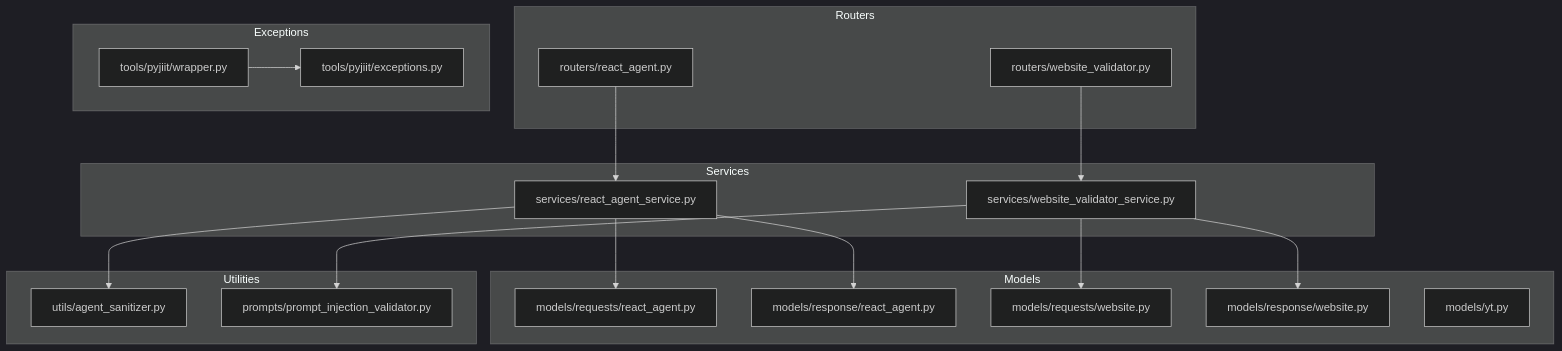
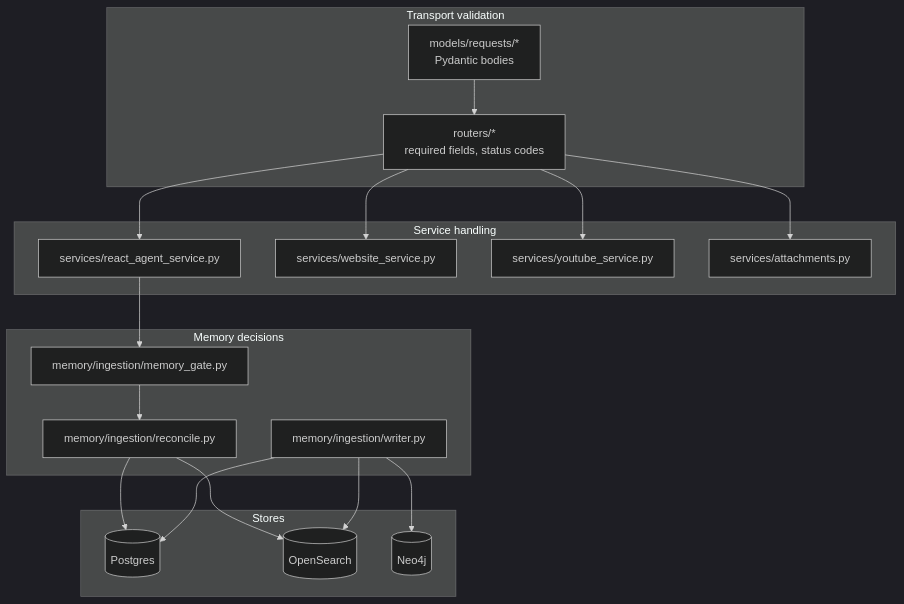
Before and after one commit to tashifkhan/tashif.codes: the first of 7 diagrams in src/data/docs/agentic-browser/Data Models and Schemas/Validation and Error Handling.md, drawn with Mermaid (dark theme). The commit also changed other lines of this file and 114 other files, not shown here.

````diff
--- a/src/data/docs/agentic-browser/Data Models and Schemas/Validation and Error Handling.md
+++ b/src/data/docs/agentic-browser/Data Models and Schemas/Validation and Error Handling.md
@@ -14,35 +18,35 @@
 ```mermaid
 graph TB
-subgraph "Routers"
-RA["routers/react_agent.py"]
-WV["routers/website_validator.py"]
+subgraph "Transport validation"
+  REQ["models/requests/*<br/>Pydantic bodies"]
+  ROUTES["routers/*<br/>required fields, status codes"]
 end
-subgraph "Services"
-RAS["services/react_agent_service.py"]
-WVS["services/website_validator_service.py"]
+subgraph "Service handling"
+  CHAT["services/react_agent_service.py"]
+  SITE["services/website_service.py"]
+  YT["services/youtube_service.py"]
+  ATT["services/attachments.py"]
 end
-subgraph "Models"
-RAM["models/requests/react_agent.py"]
-RAR["models/response/react_agent.py"]
-WRM["models/requests/website.py"]
-WRR["models/response/website.py"]
-YTM["models/yt.py"]
+subgraph "Memory decisions"
+  GATE["memory/ingestion/memory_gate.py"]
+  REC["memory/ingestion/reconcile.py"]
+  WR["memory/ingestion/writer.py"]
 end
-subgraph "Utilities"
-SAN["utils/agent_sanitizer.py"]
-PINJ["prompts/prompt_injection_validator.py"]
+subgraph "Stores"
+  PG[("Postgres")]
+  OS[("OpenSearch")]
+  N4[("Neo4j")]
 end
-subgraph "Exceptions"
-PYEX["tools/pyjiit/exceptions.py"]
-PYWR["tools/pyjiit/wrapper.py"]
-end
-RA --> RAS
-WV --> WVS
-RAS --> RAM
-RAS --> RAR
-WVS --> WRM
-WVS --> WRR
-RAS --> SAN
-WVS --> PINJ
-PYWR --> PYEX
+REQ --> ROUTES
+ROUTES --> CHAT
+ROUTES --> SITE
+ROUTES --> YT
+ROUTES --> ATT
+CHAT --> GATE
+GATE --> REC
+REC --> PG
+REC --> OS
+WR --> PG
+WR --> OS
+WR --> N4
 ```
````
